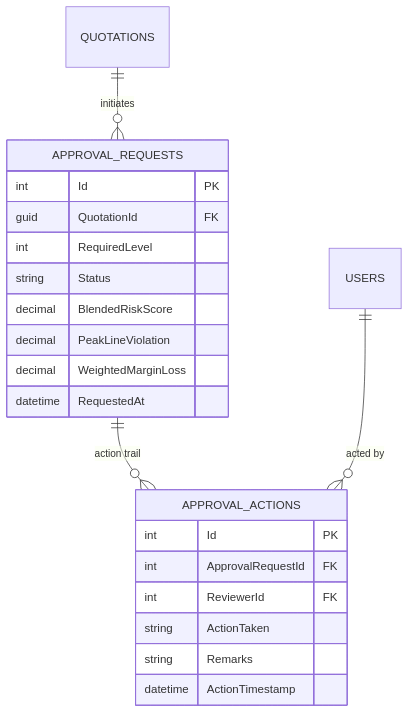
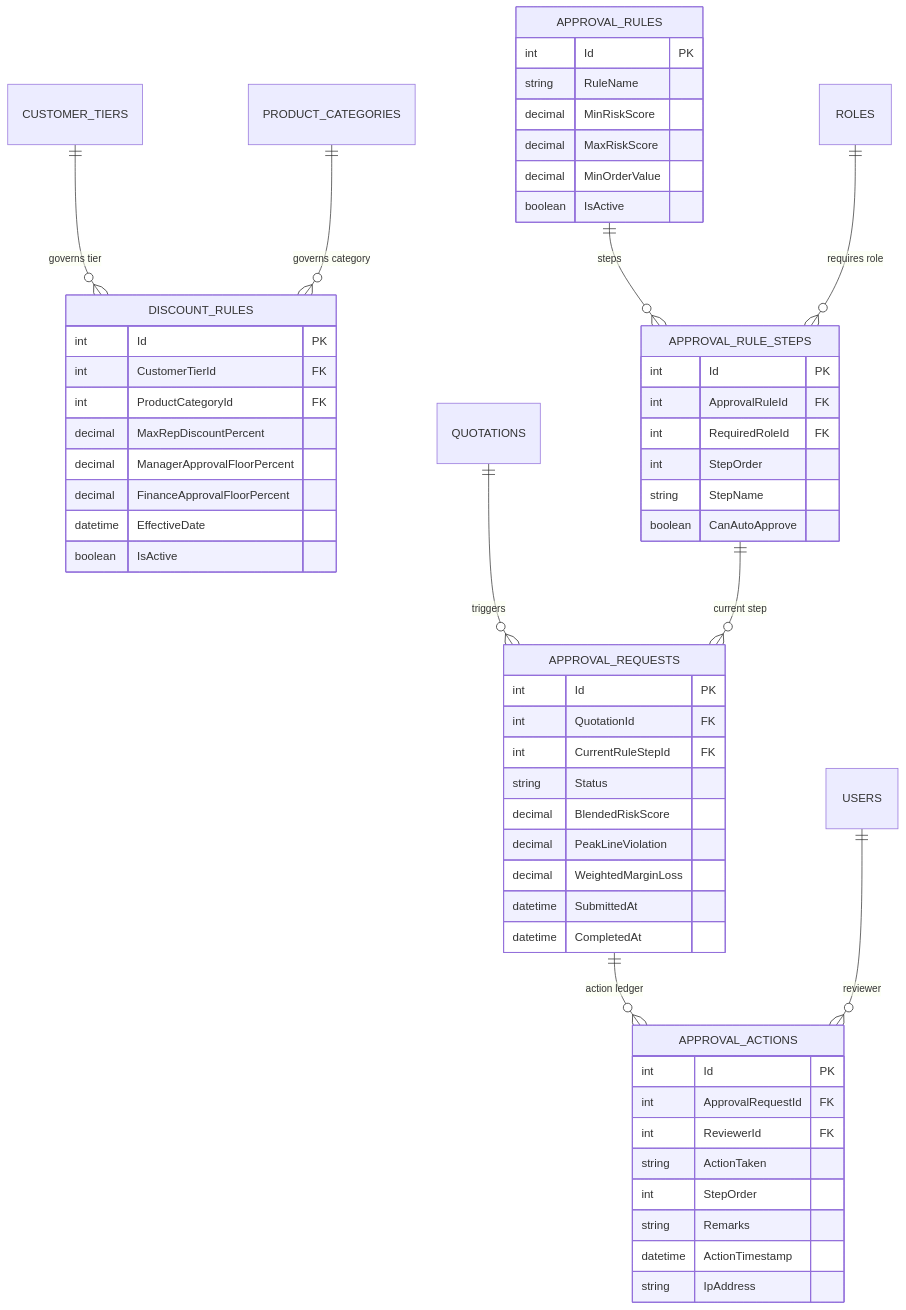
One commit to aniruddh209/Odoo-Heckathon-Gandhinagar changed the fourth of 8 diagrams in docs/database/DEALFLOW360_ERD.md. Above: the diagram before and after it, drawn with Mermaid. The commit also changed other lines of this file and 3 other files, not shown here.

Commit message:
docs(database): integrate validated 41-entity relational schema into Master PRD and database blueprint

````diff
--- a/docs/database/DEALFLOW360_ERD.md
+++ b/docs/database/DEALFLOW360_ERD.md
@@ -135,26 +190,63 @@
 ```mermaid
 erDiagram
-    QUOTATIONS ||--o{ APPROVAL_REQUESTS : "initiates"
-    APPROVAL_REQUESTS ||--o{ APPROVAL_ACTIONS : "action trail"
-    USERS ||--o{ APPROVAL_ACTIONS : "acted by"
+    CUSTOMER_TIERS ||--o{ DISCOUNT_RULES : "governs tier"
+    PRODUCT_CATEGORIES ||--o{ DISCOUNT_RULES : "governs category"
+    APPROVAL_RULES ||--o{ APPROVAL_RULE_STEPS : "steps"
+    ROLES ||--o{ APPROVAL_RULE_STEPS : "requires role"
+    QUOTATIONS ||--o{ APPROVAL_REQUESTS : "triggers"
+    APPROVAL_RULE_STEPS ||--o{ APPROVAL_REQUESTS : "current step"
+    APPROVAL_REQUESTS ||--o{ APPROVAL_ACTIONS : "action ledger"
+    USERS ||--o{ APPROVAL_ACTIONS : "reviewer"
+
+    DISCOUNT_RULES {
+        int Id PK
+        int CustomerTierId FK
+        int ProductCategoryId FK
+        decimal MaxRepDiscountPercent
+        decimal ManagerApprovalFloorPercent
+        decimal FinanceApprovalFloorPercent
+        datetime EffectiveDate
+        boolean IsActive
+    }
+
+    APPROVAL_RULES {
+        int Id PK
+        string RuleName
+        decimal MinRiskScore
+        decimal MaxRiskScore
+        decimal MinOrderValue
+        boolean IsActive
+    }
+
+    APPROVAL_RULE_STEPS {
+        int Id PK
+        int ApprovalRuleId FK
+        int RequiredRoleId FK
+        int StepOrder
+        string StepName
+        boolean CanAutoApprove
+    }
 
     APPROVAL_REQUESTS {
         int Id PK
-        guid QuotationId FK
-        int RequiredLevel
+        int QuotationId FK
+        int CurrentRuleStepId FK
         string Status
         decimal BlendedRiskScore
         decimal PeakLineViolation
         decimal WeightedMarginLoss
-        datetime RequestedAt
+        datetime SubmittedAt
+        datetime CompletedAt
     }
 
     APPROVAL_ACTIONS {
         int Id PK
         int ApprovalRequestId FK
         int ReviewerId FK
         string ActionTaken
+        int StepOrder
         string Remarks
         datetime ActionTimestamp
+        string IpAddress
     }
 ```
````
